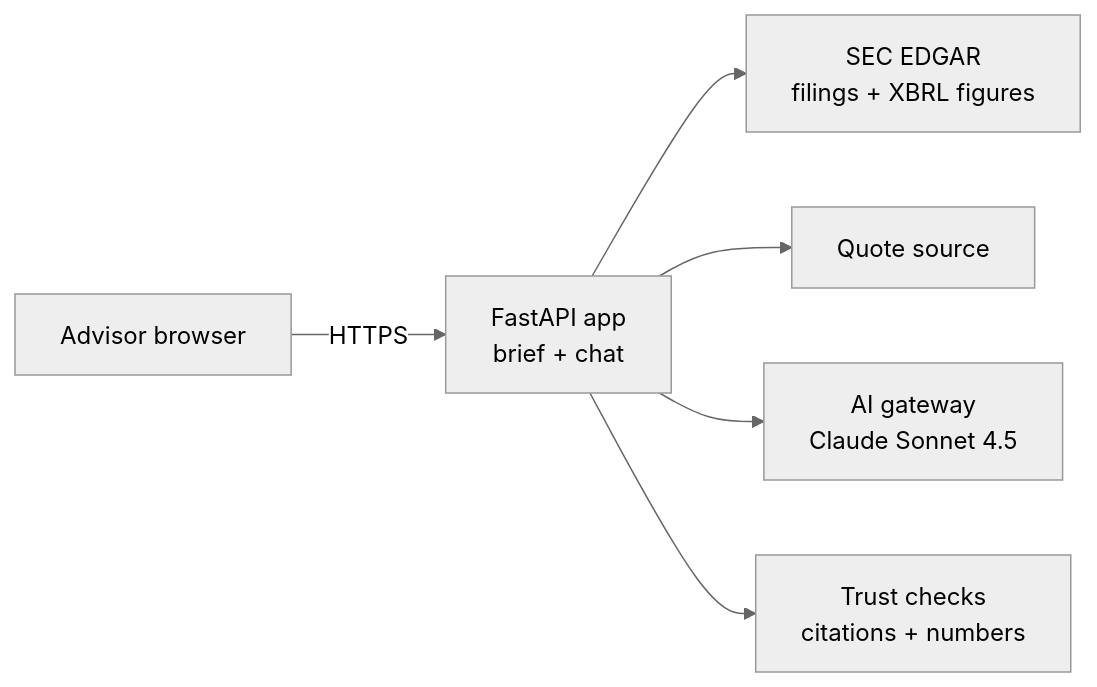
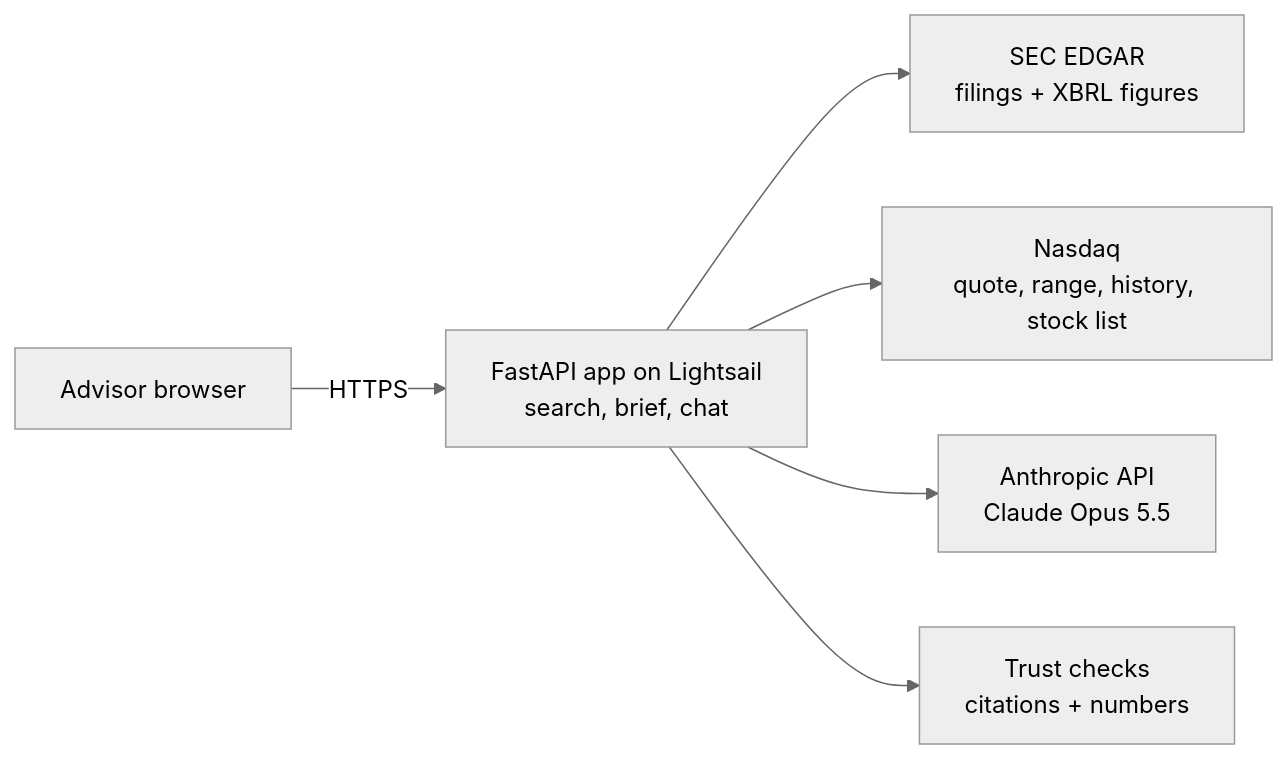
One commit to AaronNHorvitz/TickerAgent changed the diagram in README.md. Above: the diagram before and after it, drawn with Mermaid (neutral theme). The commit also changed other lines of this file and 4 other files, not shown here.

First line of the commit message:
Plan Nasdaq data, Claude API chat and Lightsail deploy

````diff
--- a/README.md
+++ b/README.md
@@ -39,8 +44,8 @@
 ```mermaid
 flowchart LR
-    advisor["Advisor browser"] -->|HTTPS| app["FastAPI app<br/>brief + chat"]
+    advisor["Advisor browser"] -->|HTTPS| app["FastAPI app on Lightsail<br/>search, brief, chat"]
     app --> edgar["SEC EDGAR<br/>filings + XBRL figures"]
-    app --> quote["Quote source"]
-    app --> llm["AI gateway<br/>Claude Sonnet 4.5"]
+    app --> nasdaq["Nasdaq<br/>quote, range, history, stock list"]
+    app --> claude["Anthropic API<br/>Claude Opus 5.5"]
     app --> checks["Trust checks<br/>citations + numbers"]
 ```
````
